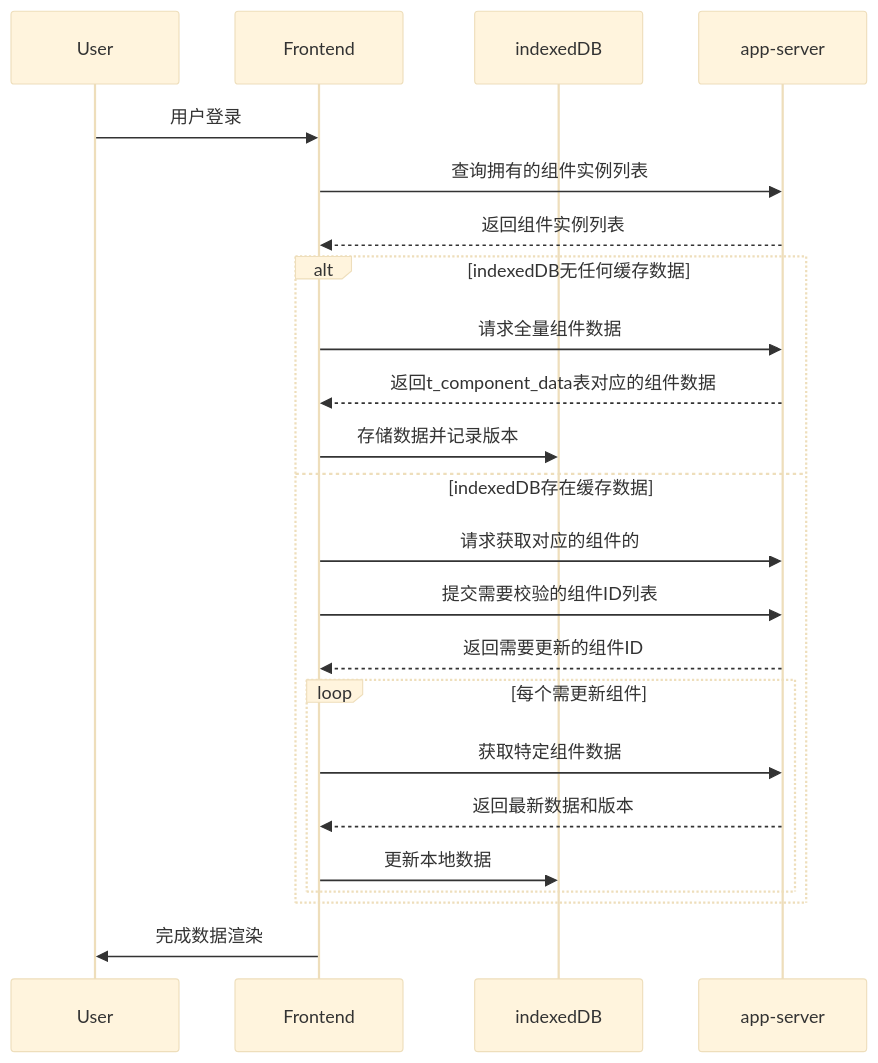
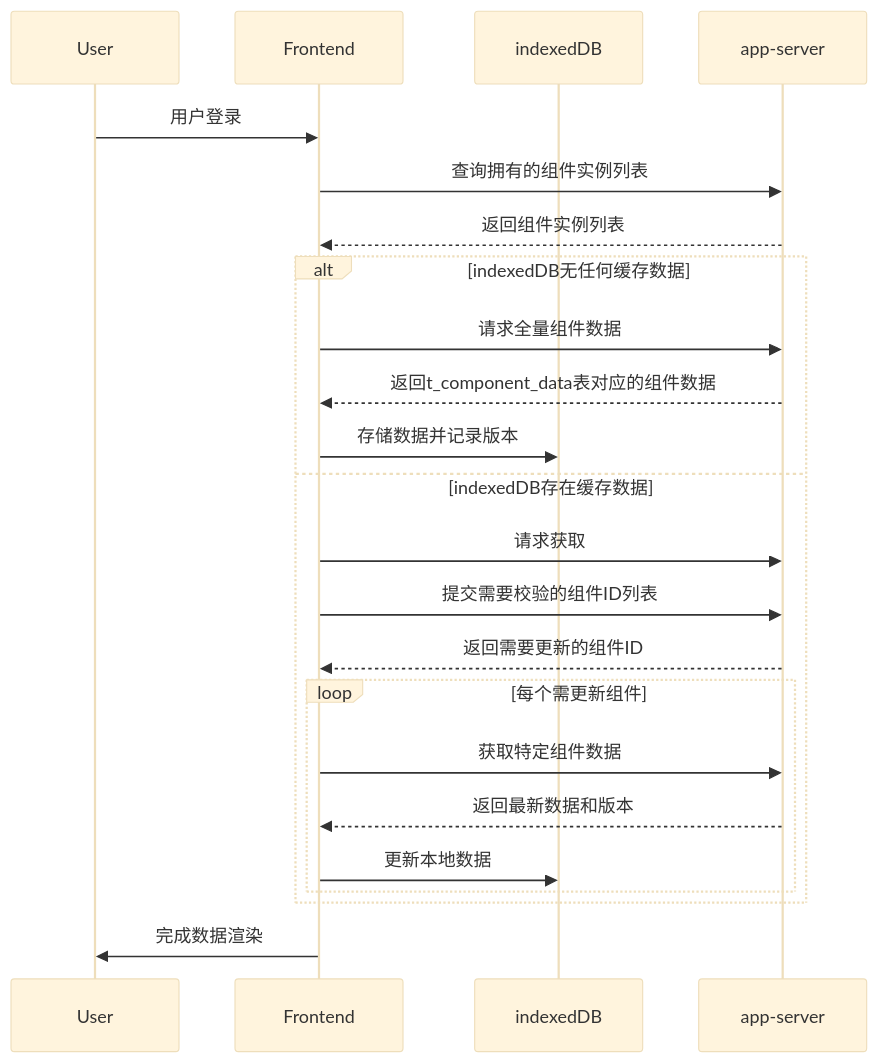
The diagram in all/未命名-24.md (yingjianzh/iodraw-files), drawn with Mermaid (base theme) before and after one commit.

Commit message:
2025-02-24 17:11:00 update

````diff
--- a/all/未命名-24.md
+++ b/all/未命名-24.md
@@ -1,27 +1,27 @@
 ```mermaid
 sequenceDiagram
     participant User
     participant Frontend
     participant indexedDB
     participant app-server
 
     User->>Frontend: 用户登录
     Frontend->>app-server: 查询拥有的组件实例列表
     app-server-->>Frontend: 返回组件实例列表
     
     alt indexedDB无任何缓存数据
         Frontend->>app-server: 请求全量组件数据
         app-server-->>Frontend: 返回t_component_data表对应的组件数据
         Frontend->>indexedDB: 存储数据并记录版本
     else indexedDB存在缓存数据
-        Frontend->>app-server: 请求获取对应的组件的
+        Frontend->>app-server: 请求获取
         Frontend->>app-server: 提交需要校验的组件ID列表
         app-server-->>Frontend: 返回需要更新的组件ID
         loop 每个需更新组件
             Frontend->>app-server: 获取特定组件数据
             app-server-->>Frontend: 返回最新数据和版本
             Frontend->>indexedDB: 更新本地数据
         end
     end
     Frontend->>User: 完成数据渲染
 ```
````
